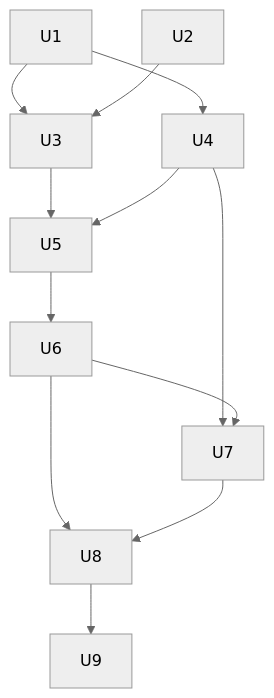
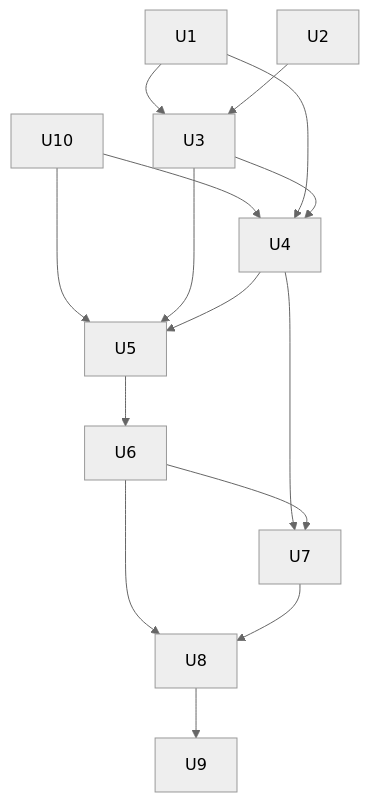
The third of 3 diagrams in docs/plans/2026-11-02-001-feat-external-sources-plan.md (marcusrbrown/systematic), drawn with Mermaid (neutral theme) before and after one commit. The commit also changed other lines of this file, not shown here.

````diff
--- a/docs/plans/2026-11-02-001-feat-external-sources-plan.md
+++ b/docs/plans/2026-11-02-001-feat-external-sources-plan.md
@@ -317,14 +353,17 @@
 ```mermaid
 flowchart TB
+  U10 --> U4
+  U10 --> U5
   U1 --> U3
   U2 --> U3
   U1 --> U4
+  U3 --> U4
   U3 --> U5
   U4 --> U5
   U5 --> U6
   U4 --> U7
   U6 --> U7
   U6 --> U8
   U7 --> U8
   U8 --> U9
 ```
````
